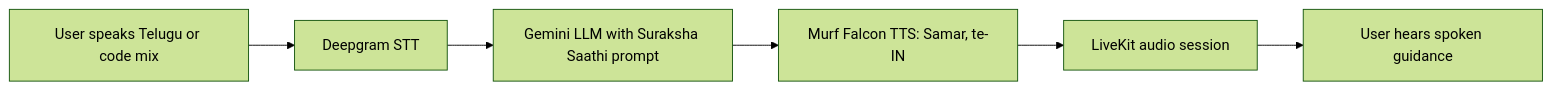
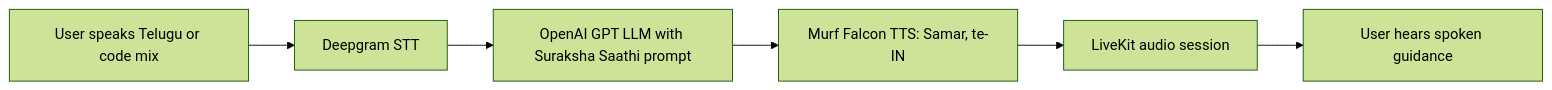
Before and after one commit to murf-ai/murf-livekit-starter: the diagram in README.md, drawn with Mermaid (forest theme). The commit also changed other lines of this file and 8 other files, not shown here.

Commit message:
feat: switch agent llm to OpenAI GPT

````diff
--- a/README.md
+++ b/README.md
@@ -33,8 +33,8 @@
 ```mermaid
 flowchart LR
     A[User speaks Telugu or code mix] --> B[Deepgram STT]
-    B --> C[Gemini LLM with Suraksha Saathi prompt]
+    B --> C[OpenAI GPT LLM with Suraksha Saathi prompt]
     C --> D[Murf Falcon TTS: Samar, te-IN]
     D --> E[LiveKit audio session]
     E --> F[User hears spoken guidance]
 ```
````
